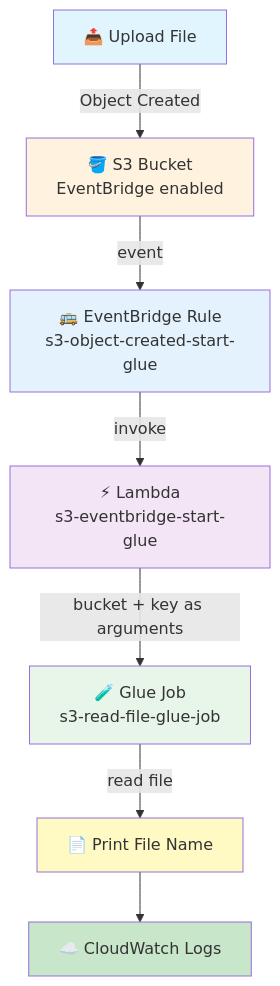
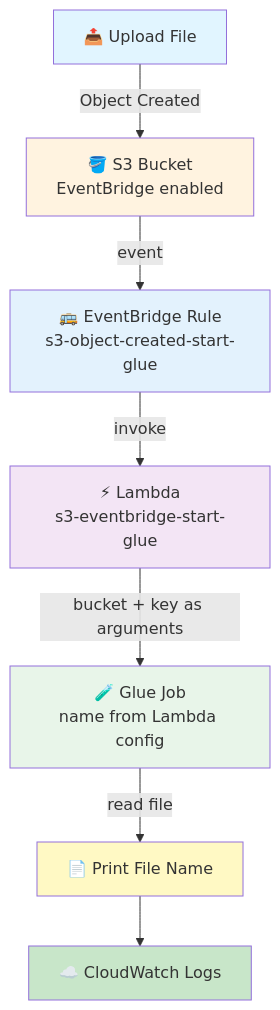
Before and after one commit to Kshitijavir/aws-pipelines-september-2026: the first of 2 diagrams in 06) s3 to eventbridge to lambda to glue/README.md, drawn with Mermaid. The commit also changed other lines of this file and 1 other file, not shown here.

First line of the commit message:
Make the Glue job name dynamic in the S3 -> EventBridge -> Lambda -> Glue pipeline

````diff
--- a/06) s3 to eventbridge to lambda to glue/README.md
+++ b/06) s3 to eventbridge to lambda to glue/README.md
@@ -111,17 +112,17 @@
 ```mermaid
 graph TD
     A["📤 Upload File"] -->|Object Created| B["🪣 S3 Bucket<br/>EventBridge enabled"]
     B -->|event| C["🚌 EventBridge Rule<br/>s3-object-created-start-glue"]
     C -->|invoke| D["⚡ Lambda<br/>s3-eventbridge-start-glue"]
-    D -->|bucket + key as arguments| E["🧪 Glue Job<br/>s3-read-file-glue-job"]
+    D -->|bucket + key as arguments| E["🧪 Glue Job<br/>name from Lambda config"]
     E -->|read file| F["📄 Print File Name"]
     F --> G["☁️ CloudWatch Logs"]
 
     style A fill:#e1f5ff
     style B fill:#fff3e0
     style C fill:#e3f2fd
     style D fill:#f3e5f5
     style E fill:#e8f5e9
     style F fill:#fff9c4
     style G fill:#c8e6c9
 ```
````
